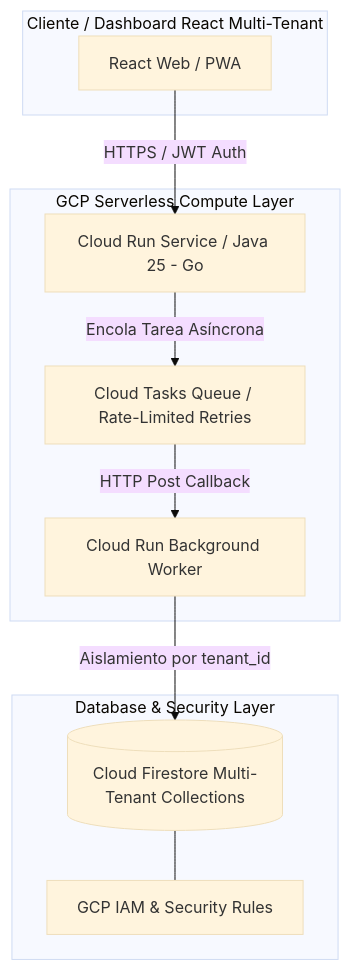
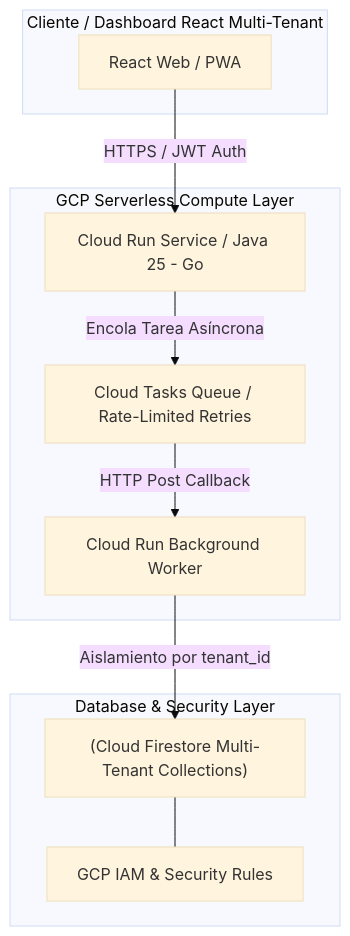
One commit to jaruiz78/ecosistema-multiproyectos changed the diagram in docs/formacion_ecosistema/modulo_5_cloud_native_dbs/fintech_y_ia/01_gcp_cloud_run_tasks_firestore.md. Above: the diagram before and after it, drawn with Mermaid (base theme). The commit also changed 57 other files, not shown here.

First line of the commit message:
feat(validation,hooks): implementar Syntax Validator y Linter determinista para Mermaid, KaTeX y Markdown

````diff
--- a/docs/formacion_ecosistema/modulo_5_cloud_native_dbs/fintech_y_ia/01_gcp_cloud_run_tasks_firestore.md
+++ b/docs/formacion_ecosistema/modulo_5_cloud_native_dbs/fintech_y_ia/01_gcp_cloud_run_tasks_firestore.md
@@ -19,23 +19,23 @@
 ```mermaid
 graph TD
     subgraph Cliente / Dashboard React Multi-Tenant
-        CLIENT[React Web / PWA]
+        CLIENT["React Web / PWA"]
     end
 
     subgraph GCP Serverless Compute Layer
-        CR[Cloud Run Service / Java 25 - Go]
-        CT[Cloud Tasks Queue / Rate-Limited Retries]
+        CR["Cloud Run Service / Java 25 - Go"]
+        CT["Cloud Tasks Queue / Rate-Limited Retries"]
         WORKER[Cloud Run Background Worker]
     end
 
     subgraph Database & Security Layer
-        FS[(Cloud Firestore Multi-Tenant Collections)]
-        IAM[GCP IAM & Security Rules]
+        FS["(Cloud Firestore Multi-Tenant Collections)"]
+        IAM["GCP IAM & Security Rules"]
     end
 
     CLIENT -->|HTTPS / JWT Auth| CR
     CR -->|Encola Tarea Asíncrona| CT
     CT -->|HTTP Post Callback| WORKER
     WORKER -->|Aislamiento por tenant_id| FS
     FS --- IAM
 ```
````
